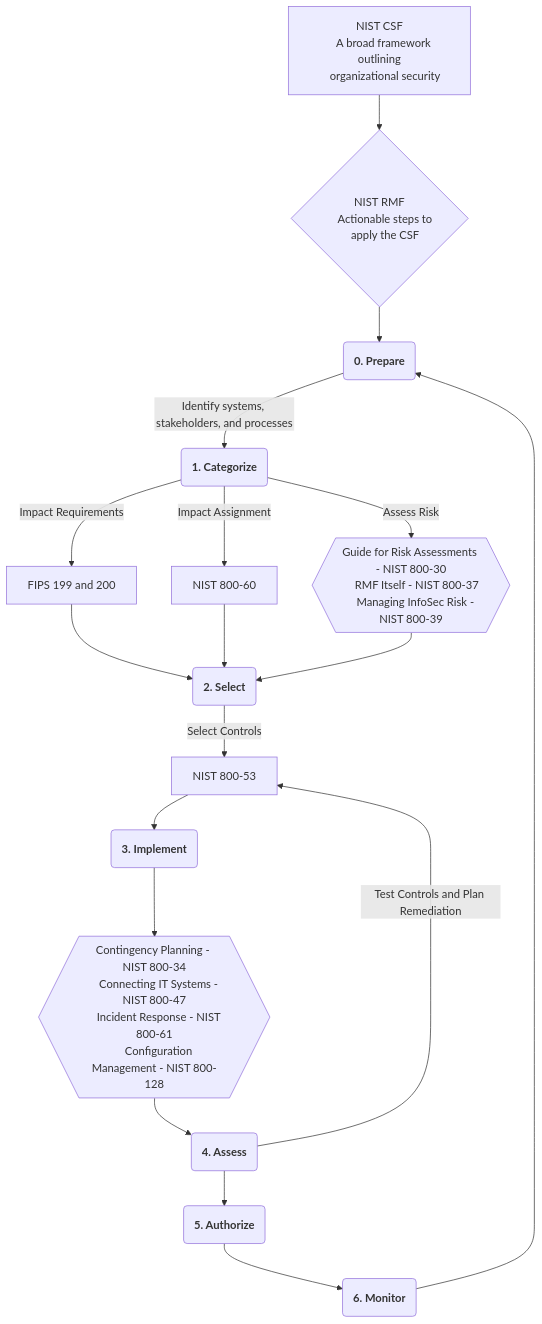
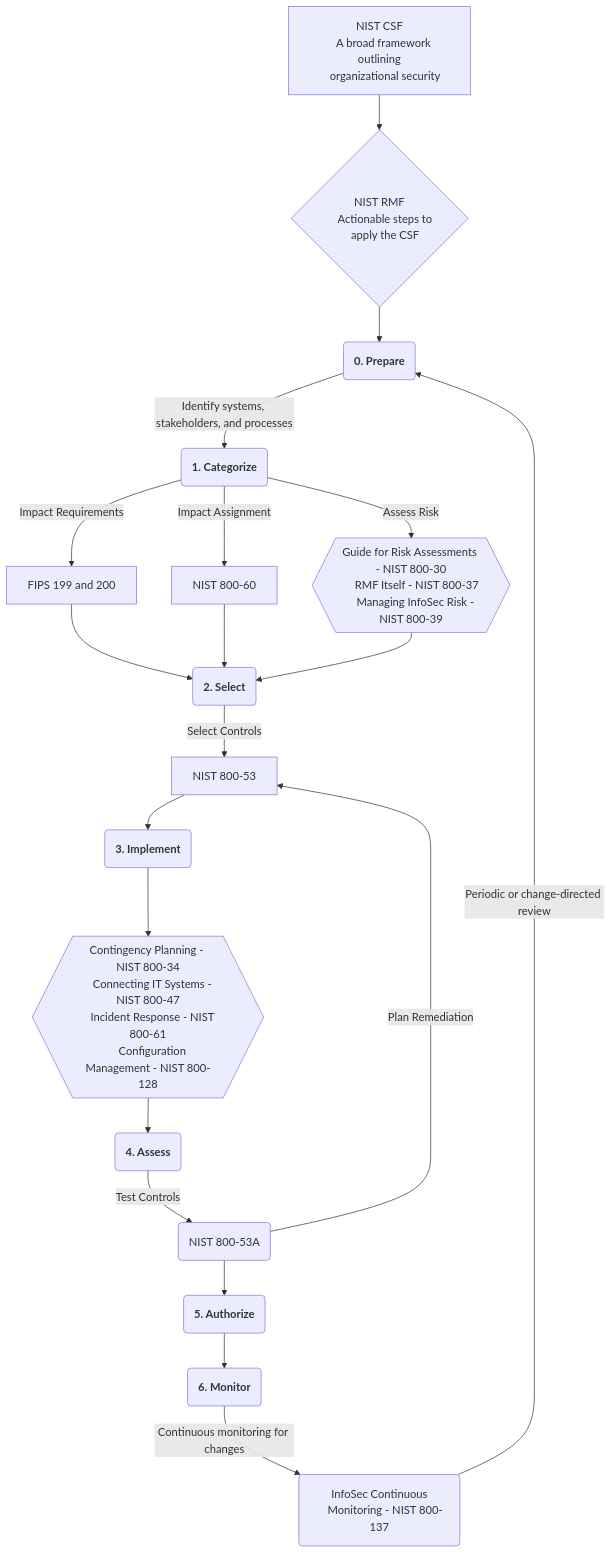
One commit to WiseGuru/MaxwellCTI changed the diagram in src/site/notes/Security Frameworks/NIST/NIST Frameworks and SPs Overview.md. Above: the diagram before and after it, drawn with Mermaid.

Commit message:
Update content src/site/notes/Security Frameworks/NIST/NIST Frameworks and SPs Overview.md

````diff
--- a/src/site/notes/Security Frameworks/NIST/NIST Frameworks and SPs Overview.md
+++ b/src/site/notes/Security Frameworks/NIST/NIST Frameworks and SPs Overview.md
@@ -12,33 +12,36 @@
 ```mermaid
 flowchart TD
     A["NIST CSF
     A broad framework outlining
     organizational security"] --> B{"NIST RMF
     Actionable steps to
     apply the CSF"}
   
     B --> Z("`**0. Prepare**`")
   
-    Z -->|Identify systems, stakeholders, and processes| C("`**1. Categorize**`")
+    Z --> |Identify systems, stakeholders, and processes| C("`**1. Categorize**`")
     C --> |Impact Requirements| D[FIPS 199 and 200]
     C --> |Impact Assignment| E[NIST 800-60]
     C --> |Assess Risk| P{{"Guide for Risk Assessments - NIST 800-30
     RMF Itself - NIST 800-37
     Managing InfoSec Risk - NIST 800-39"}}
   
     D & E & P --> F("`**2. Select**`")
-    F -->|Select Controls| G[NIST 800-53]
+    F --> |Select Controls| G[NIST 800-53]
   
     G --> H("`**3. Implement**`")
     H --> I{{"Contingency Planning - NIST 800-34
     Connecting IT Systems - NIST 800-47
     Incident Response - NIST 800-61
     Configuration Management - NIST 800-128"}}
   
     I --> M("`**4. Assess**`")
-    M -->|Test Controls and Plan Remediation| G
-
-    M --> N("`**5. Authorize**`")
+    M --> |Test Controls| R("NIST 800-53A")
+    R --> |Plan Remediation| G
+ 
+    R --> N("`**5. Authorize**`")
     N --> O("`**6. Monitor**`")
-    O --> Z
+    O --> |Continuous monitoring for changes| Q("InfoSec Continuous
+    Monitoring - NIST 800-137")
+    Q --> |Periodic or change-directed review| Z
 ```
````
